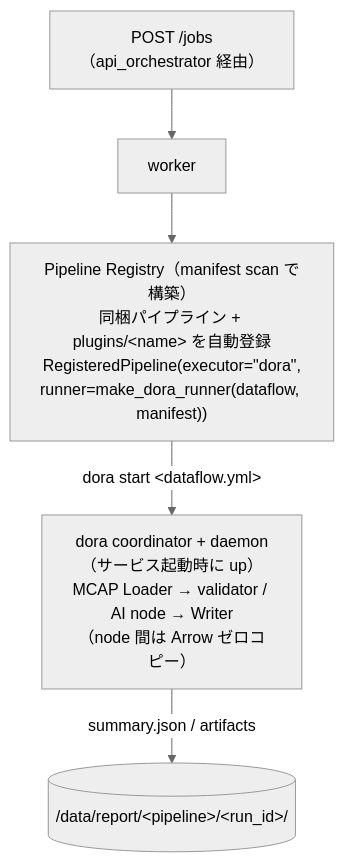
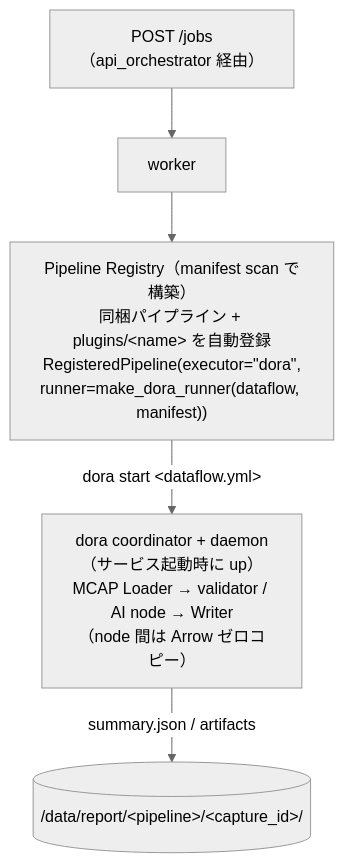
The diagram in docs/specs/ja/dora_plugins.md (sige0002/kairos), drawn with Mermaid (neutral theme) before and after one commit. The commit also changed other lines of this file and 24 other files, not shown here.

````diff
--- a/docs/specs/ja/dora_plugins.md
+++ b/docs/specs/ja/dora_plugins.md
@@ -21,7 +21,7 @@
 ```mermaid
 flowchart TB
   P["POST /jobs<br/>（api_orchestrator 経由）"] --> W["worker"]
   W --> REG["Pipeline Registry（manifest scan で構築）<br/>同梱パイプライン + plugins/&lt;name&gt; を自動登録<br/>RegisteredPipeline(executor=&quot;dora&quot;,<br/>runner=make_dora_runner(dataflow, manifest))"]
   REG -->|"dora start &lt;dataflow.yml&gt;"| EX["dora coordinator + daemon（サービス起動時に up）<br/>MCAP Loader → validator / AI node → Writer<br/>（node 間は Arrow ゼロコピー）"]
-  EX -->|"summary.json / artifacts"| OUT[("/data/report/&lt;pipeline&gt;/&lt;run_id&gt;/")]
+  EX -->|"summary.json / artifacts"| OUT[("/data/report/&lt;pipeline&gt;/&lt;capture_id&gt;/")]
 ```
````
